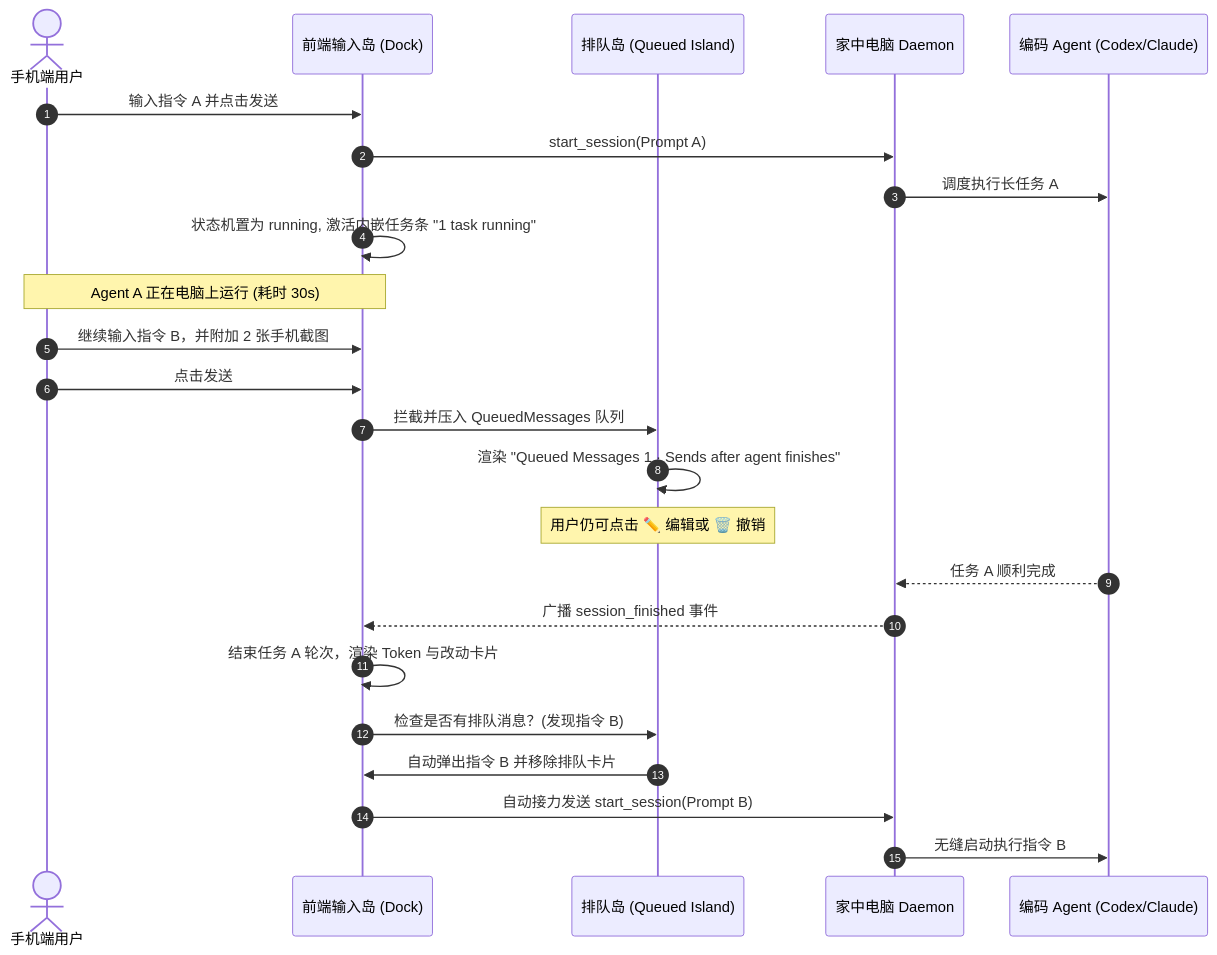
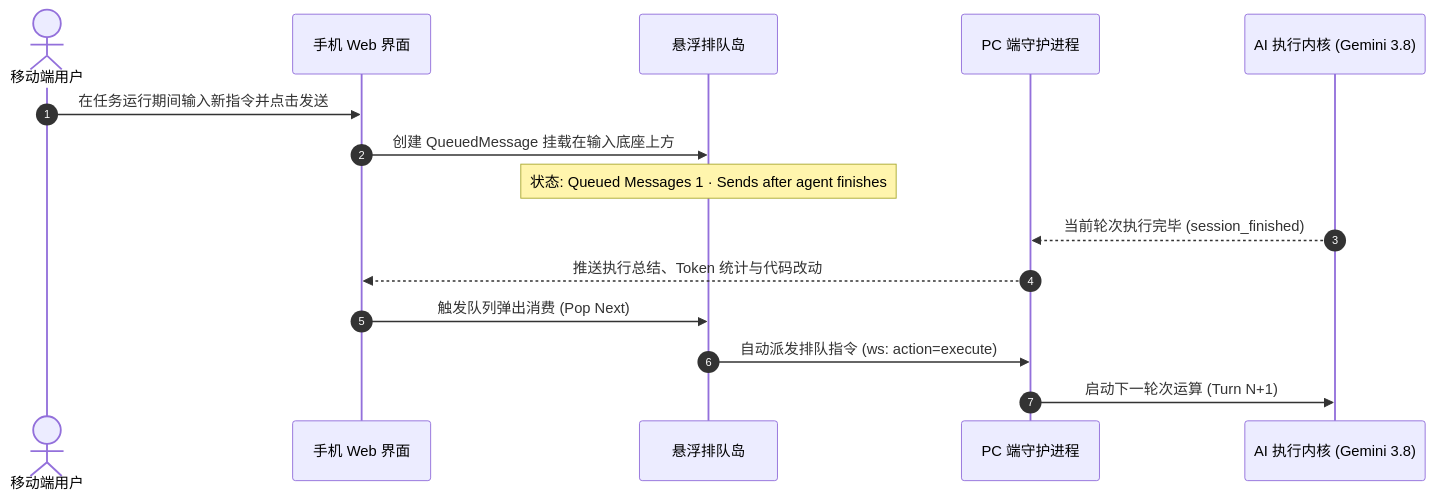
Before and after one commit to 1351468279/cloudwork: the diagram in docs/ANTIGRAVITY_2_0_PRD.md, drawn with Mermaid. The commit also changed other lines of this file, not shown here.

````diff
--- a/docs/ANTIGRAVITY_2_0_PRD.md
+++ b/docs/ANTIGRAVITY_2_0_PRD.md
@@ -195,30 +119,18 @@
 ```mermaid
 sequenceDiagram
     autonumber
-    actor User as 手机端用户
-    participant Web as 前端输入岛 (Dock)
-    participant Queue as 排队岛 (Queued Island)
-    participant Daemon as 家中电脑 Daemon
-    participant Agent as 编码 Agent (Codex/Claude)
+    actor User as 移动端用户
+    participant UI as 手机 Web 界面
+    participant Queue as 悬浮排队岛
+    participant Daemon as PC 端守护进程
+    participant Agent as AI 执行内核 (Gemini 3.8)
 
-    User->>Web: 输入指令 A 并点击发送
-    Web->>Daemon: start_session(Prompt A)
-    Daemon->>Agent: 调度执行长任务 A
-    Web->>Web: 状态机置为 running, 激活内嵌任务条 "1 task running"
-
-    Note over User,Web: Agent A 正在电脑上运行 (耗时 30s)
-
-    User->>Web: 继续输入指令 B，并附加 2 张手机截图
-    User->>Web: 点击发送
-    Web->>Queue: 拦截并压入 QueuedMessages 队列
-    Queue->>Queue: 渲染 "Queued Messages 1 · Sends after agent finishes"
-    Note over Queue: 用户仍可点击 ✏️ 编辑或 🗑️ 撤销
-
-    Agent-->>Daemon: 任务 A 顺利完成
-    Daemon-->>Web: 广播 session_finished 事件
-    Web->>Web: 结束任务 A 轮次，渲染 Token 与改动卡片
-    Web->>Queue: 检查是否有排队消息？(发现指令 B)
-    Queue->>Web: 自动弹出指令 B 并移除排队卡片
-    Web->>Daemon: 自动接力发送 start_session(Prompt B)
-    Daemon->>Agent: 无缝启动执行指令 B
+    User->>UI: 在任务运行期间输入新指令并点击发送
+    UI->>Queue: 创建 QueuedMessage 挂载在输入底座上方
+    Note over Queue: 状态: Queued Messages 1 · Sends after agent finishes
+    Agent-->>Daemon: 当前轮次执行完毕 (session_finished)
+    Daemon-->>UI: 推送执行总结、Token 统计与代码改动
+    UI->>Queue: 触发队列弹出消费 (Pop Next)
+    Queue->>Daemon: 自动派发排队指令 (ws: action=execute)
+    Daemon->>Agent: 启动下一轮次运算 (Turn N+1)
 ```
````
